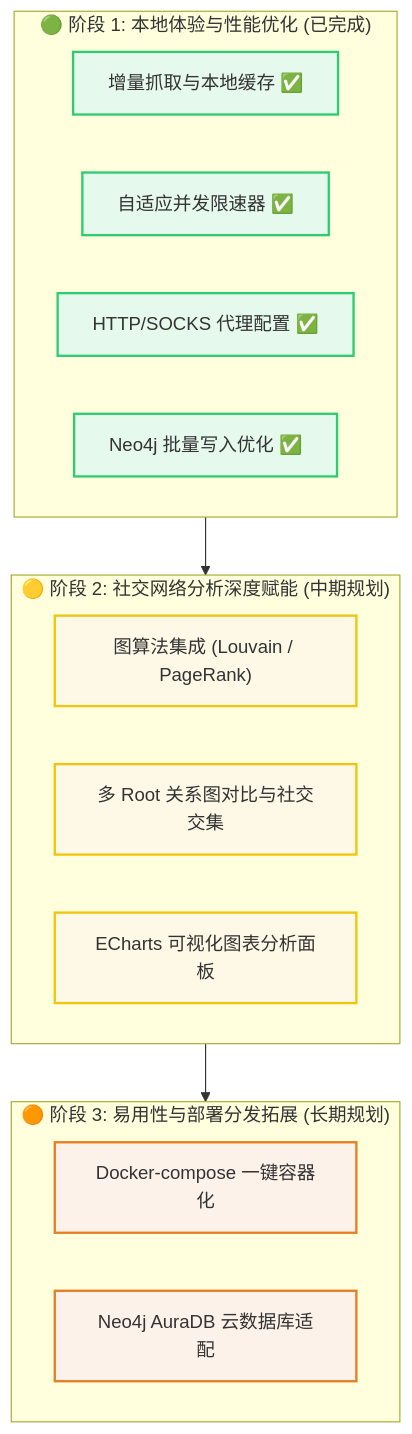
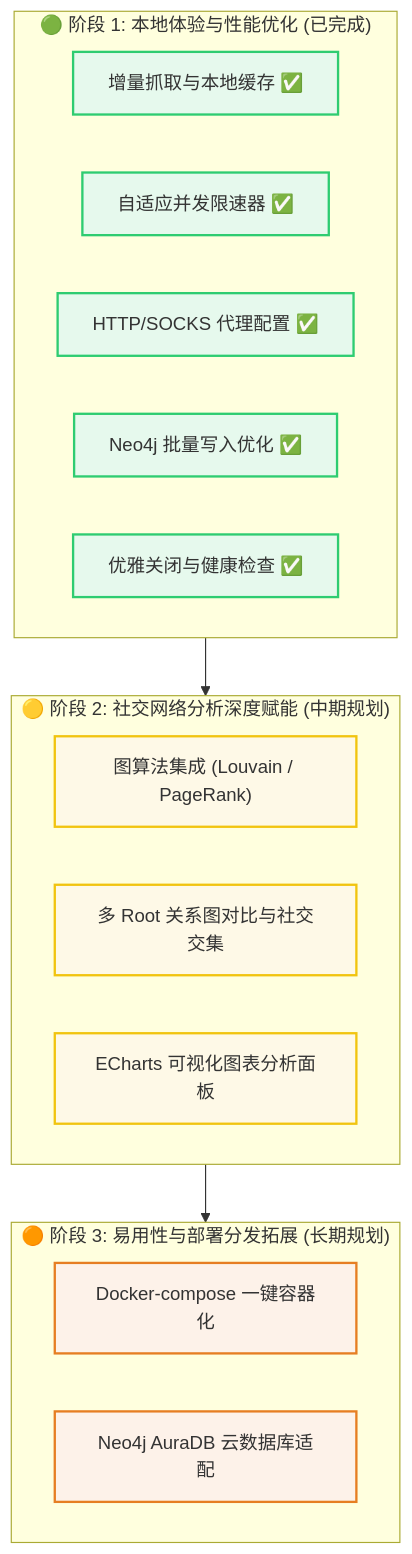
One commit to CZL-Homelab/Steam-Friend-Relationship-Map changed the first of 2 diagrams in roadmap.md. Above: the diagram before and after it, drawn with Mermaid. The commit also changed other lines of this file and 8 other files, not shown here.

````diff
--- a/roadmap.md
+++ b/roadmap.md
@@ -9,31 +9,32 @@
 ```mermaid
 graph TD
     classDef p1 fill:#e6f9ed,stroke:#2ecc71,stroke-width:2px;
     classDef p2 fill:#fef9e7,stroke:#f1c40f,stroke-width:2px;
     classDef p3 fill:#fdf2e9,stroke:#e67e22,stroke-width:2px;
 
     subgraph Phase1["🟢 阶段 1: 本地体验与性能优化 (已完成)"]
         A["增量抓取与本地缓存 ✅"]
         B["自适应并发限速器 ✅"]
         C["HTTP/SOCKS 代理配置 ✅"]
         D["Neo4j 批量写入优化 ✅"]
+        J["优雅关闭与健康检查 ✅"]
     end
 
     subgraph Phase2["🟡 阶段 2: 社交网络分析深度赋能 (中期规划)"]
         E["图算法集成 (Louvain / PageRank)"]
         F["多 Root 关系图对比与社交交集"]
         G["ECharts 可视化图表分析面板"]
     end
 
     subgraph Phase3["🟠 阶段 3: 易用性与部署分发拓展 (长期规划)"]
         H["Docker-compose 一键容器化"]
         I["Neo4j AuraDB 云数据库适配"]
     end
 
     Phase1 --> Phase2
     Phase2 --> Phase3
 
-    class A,B,C,D p1;
+    class A,B,C,D,J p1;
     class E,F,G p2;
     class H,I p3;
 ```
````
